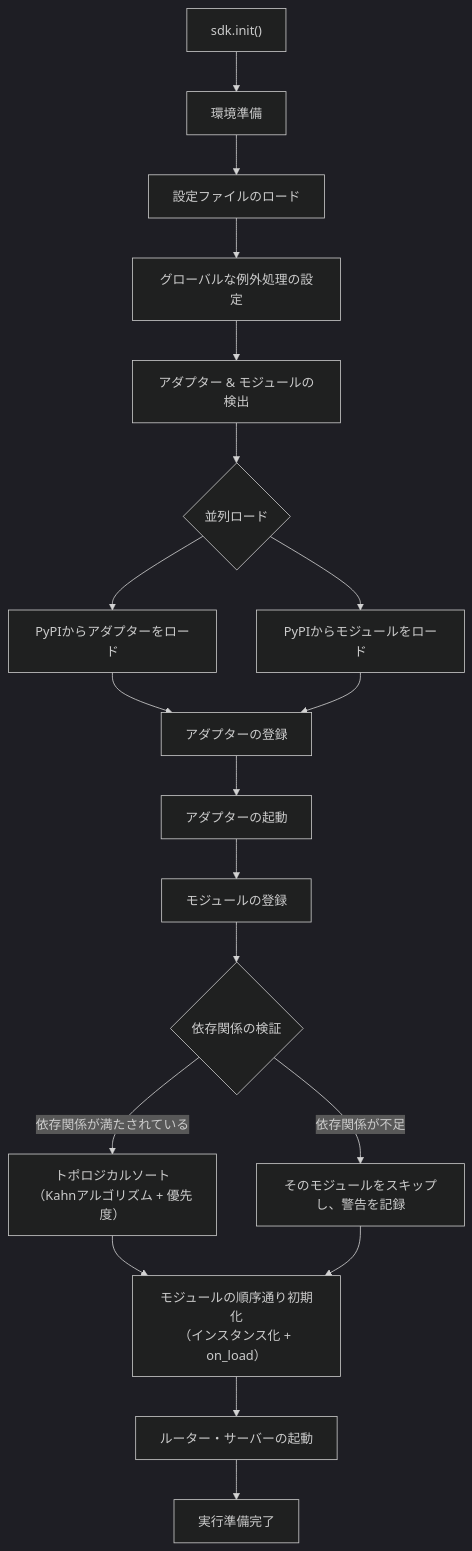
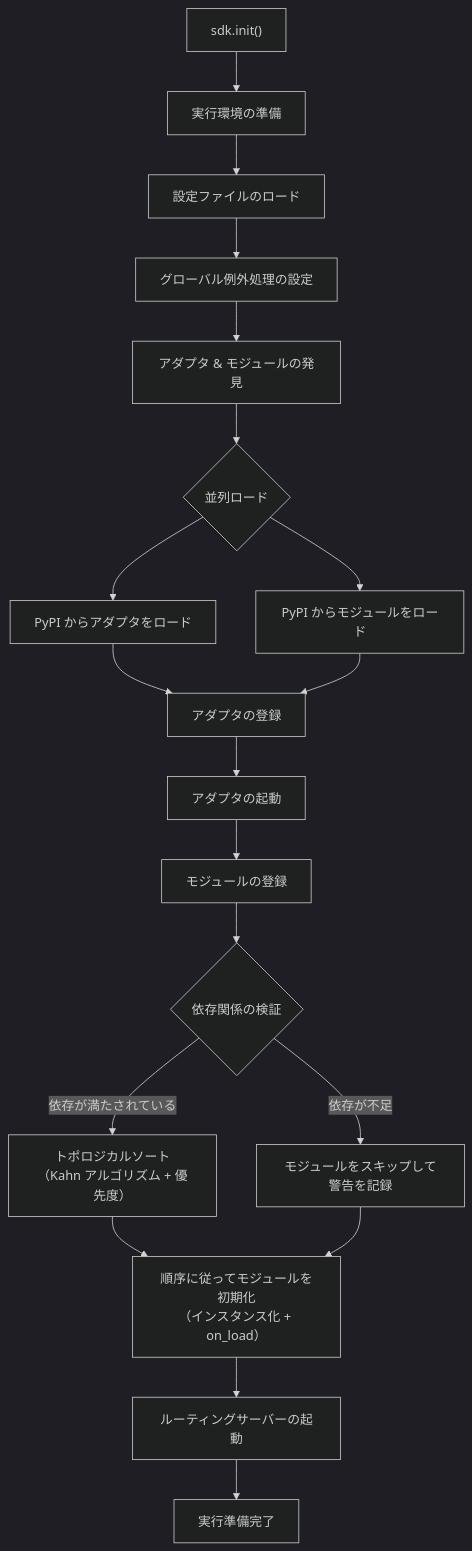
One commit to ErisPulse/ErisPulse changed the second of 7 diagrams in docs/ja/architecture.md. Above: the diagram before and after it, drawn with Mermaid (dark theme). The commit also changed other lines of this file and 251 other files, not shown here.

````diff
--- a/docs/ja/architecture.md
+++ b/docs/ja/architecture.md
@@ -59,20 +61,20 @@
 ```mermaid
 flowchart TD
-    A["sdk.init()"] --> B["環境準備"]
+    A["sdk.init()"] --> B["実行環境の準備"]
     B --> B1["設定ファイルのロード"]
-    B1 --> B2["グローバルな例外処理の設定"]
-    B2 --> C["アダプター & モジュールの検出"]
+    B1 --> B2["グローバル例外処理の設定"]
+    B2 --> C["アダプタ & モジュールの発見"]
     C --> D{"並列ロード"}
-    D --> D1["PyPIからアダプターをロード"]
-    D --> D2["PyPIからモジュールをロード"]
-    D1 & D2 --> E["アダプターの登録"]
-    E --> E1["アダプターの起動"]
+    D --> D1["PyPI からアダプタをロード"]
+    D --> D2["PyPI からモジュールをロード"]
+    D1 & D2 --> E["アダプタの登録"]
+    E --> E1["アダプタの起動"]
     E1 --> F["モジュールの登録"]
     F --> F1{"依存関係の検証"}
-    F1 -->|"依存関係が不足"| F2["そのモジュールをスキップし、警告を記録"]
-    F1 -->|"依存関係が満たされている"| F3["トポロジカルソート<br/>（Kahnアルゴリズム + 優先度）"]
-    F3 --> G["モジュールの順序通り初期化<br/>（インスタンス化 + on_load）"]
+    F1 -->|"依存が不足"| F2["モジュールをスキップして警告を記録"]
+    F1 -->|"依存が満たされている"| F3["トポロジカルソート<br/>（Kahn アルゴリズム + 優先度）"]
+    F3 --> G["順序に従ってモジュールを初期化<br/>（インスタンス化 + on_load）"]
     F2 --> G
-    G --> H["ルーター・サーバーの起動"]
+    G --> H["ルーティングサーバーの起動"]
     H --> K["実行準備完了"]
 ```
````
